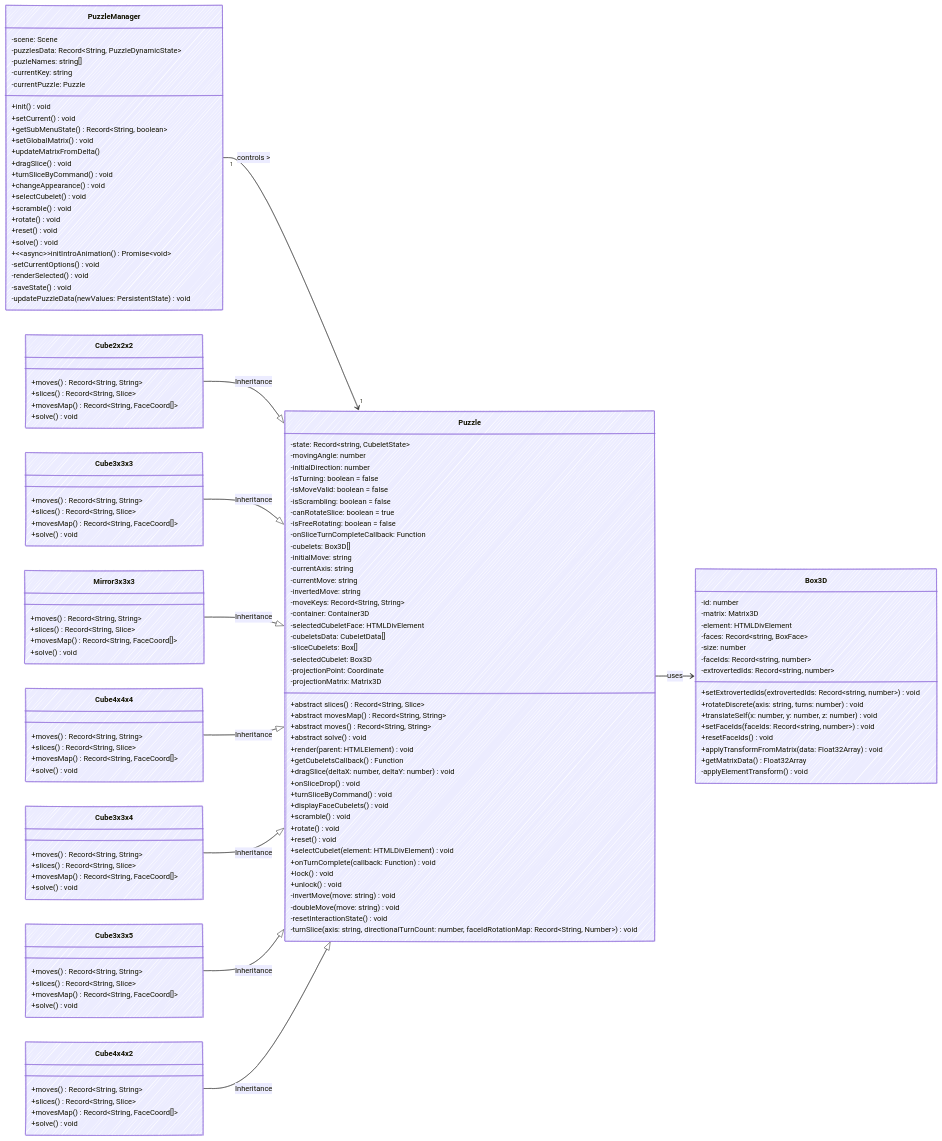
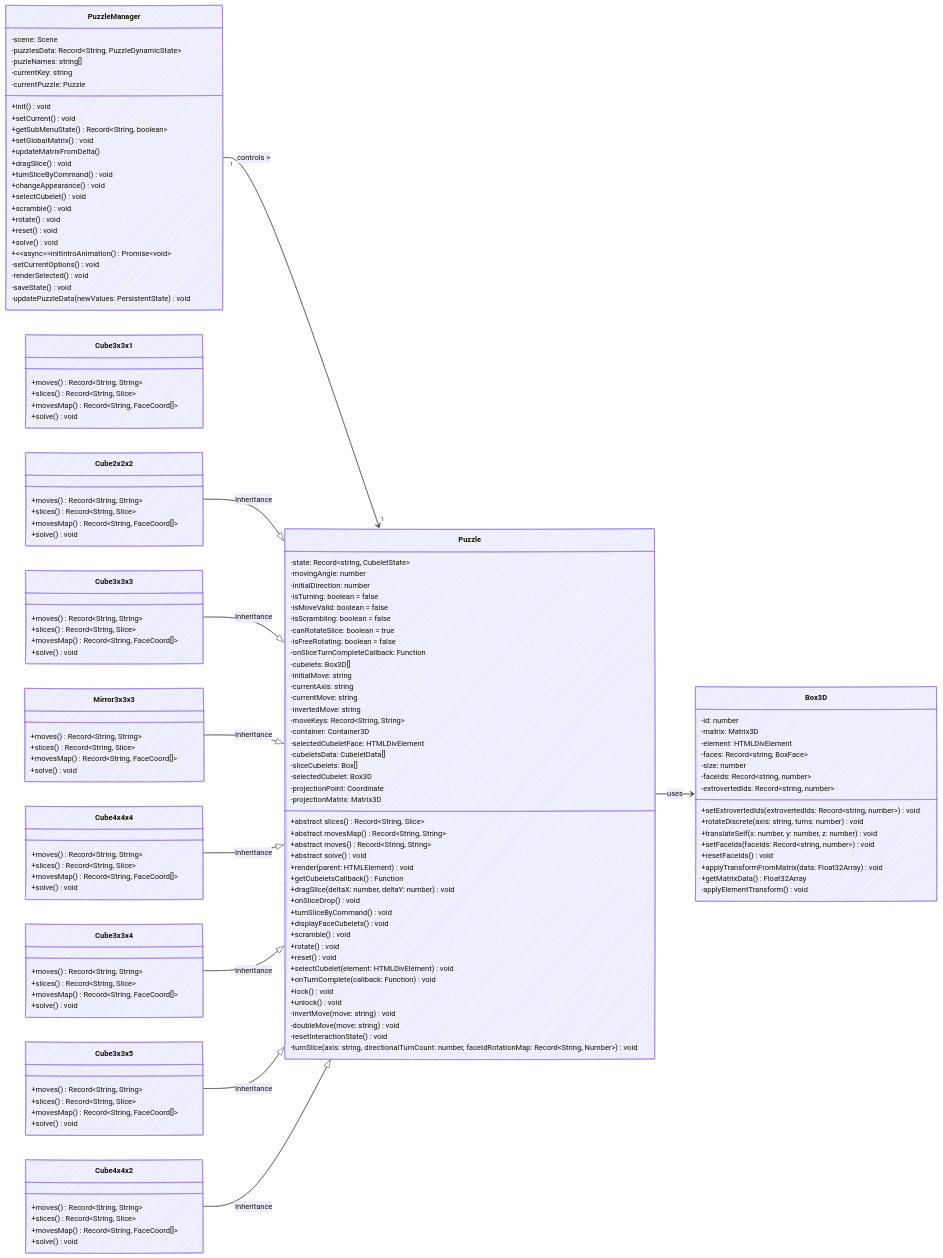
Before and after one commit to Jhonyx00/jxrcube: the second of 2 diagrams in docs/architecture.md, drawn with Mermaid. The commit also changed other lines of this file, not shown here.

Commit message:
docs: update Architecture section

```diff
--- a/docs/architecture.md
+++ b/docs/architecture.md
@@ -251,6 +254,13 @@
     }
 
     class Cube2x2x2{
+        +moves() Record~String, String~
+        +slices() Record~String, Slice~
+        +movesMap() Record~String, FaceCoord[]~
+        +solve() void
+    }
+
+    class Cube3x3x1{
         +moves() Record~String, String~
         +slices() Record~String, Slice~
         +movesMap() Record~String, FaceCoord[]~
```
